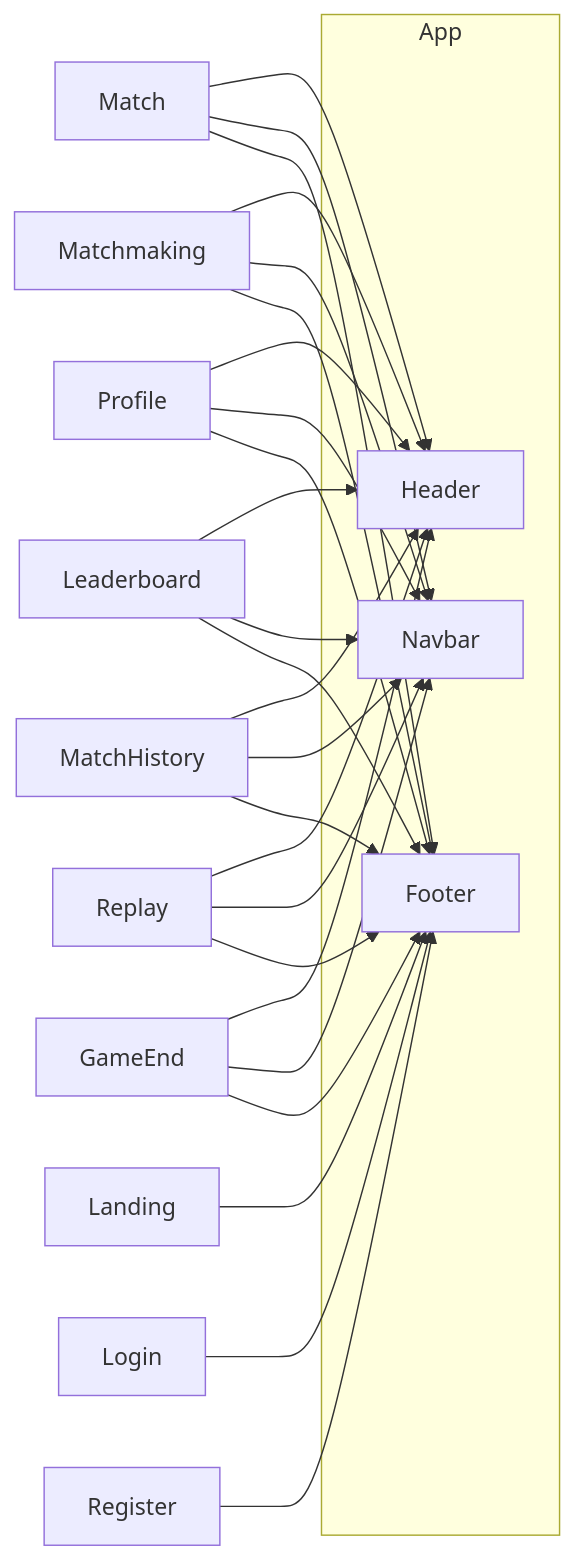
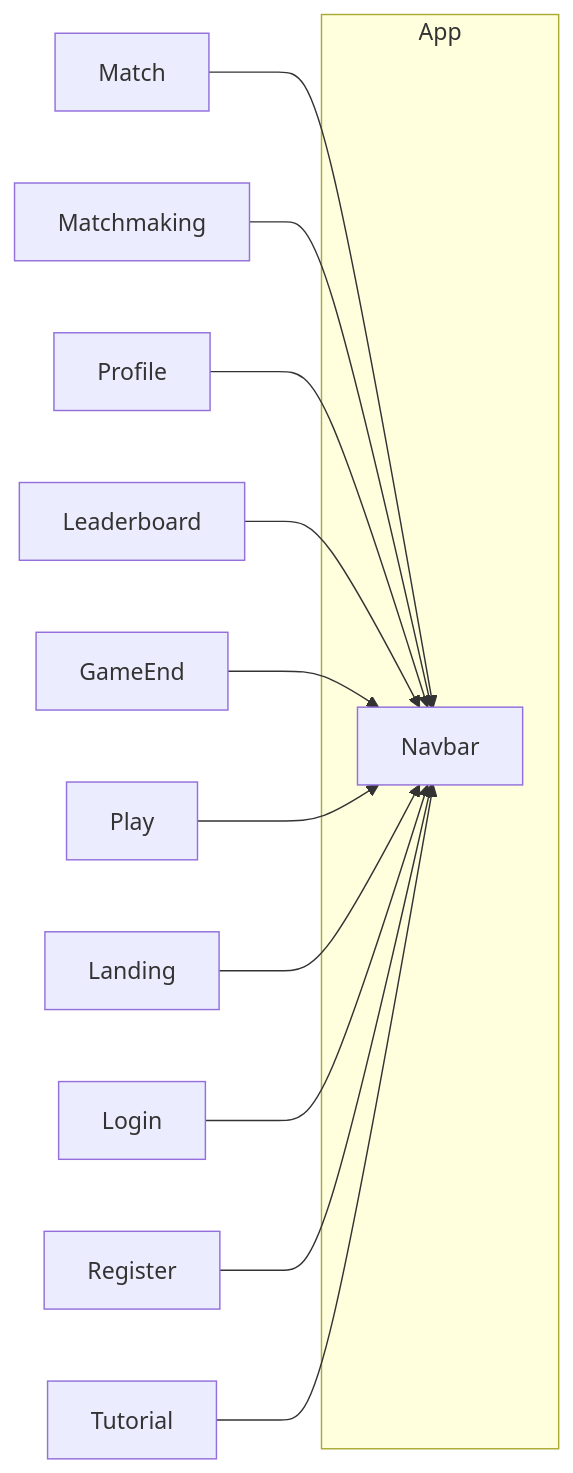
The third of 8 diagrams in docs/report.md (AndreaB2000/ASW-project), drawn with Mermaid before and after one commit. The commit also changed other lines of this file, not shown here.

````diff
--- a/docs/report.md
+++ b/docs/report.md
@@ -312,49 +309,28 @@
 ```mermaid
 graph LR
    subgraph App
-      Header
       Navbar
-      Footer
    end
    Match
    Matchmaking
    Profile
    Leaderboard
-   MatchHistory
-   Replay
    GameEnd
-
+   Play
    Landing
    Login
    Register
-
-   %% Header dependencies
-   Match --> Header
-   Matchmaking --> Header
-   Profile --> Header
-   Leaderboard --> Header
-   MatchHistory --> Header
-   Replay --> Header
-   GameEnd --> Header
+   Tutorial
 
    %% Navbar dependencies
    Match --> Navbar
    Matchmaking --> Navbar
    Profile --> Navbar
    Leaderboard --> Navbar
-   MatchHistory --> Navbar
-   Replay --> Navbar
    GameEnd --> Navbar
-
-   %% Footer dependencies
-   Landing --> Footer
-   Login --> Footer
-   Register --> Footer
-   Match --> Footer
-   Matchmaking --> Footer
-   Profile --> Footer
-   Leaderboard --> Footer
-   MatchHistory --> Footer
-   Replay --> Footer
-   GameEnd --> Footer
+   Play --> Navbar
+   Landing --> Navbar
+   Login --> Navbar
+   Register --> Navbar
+   Tutorial --> Navbar
 ```
````
